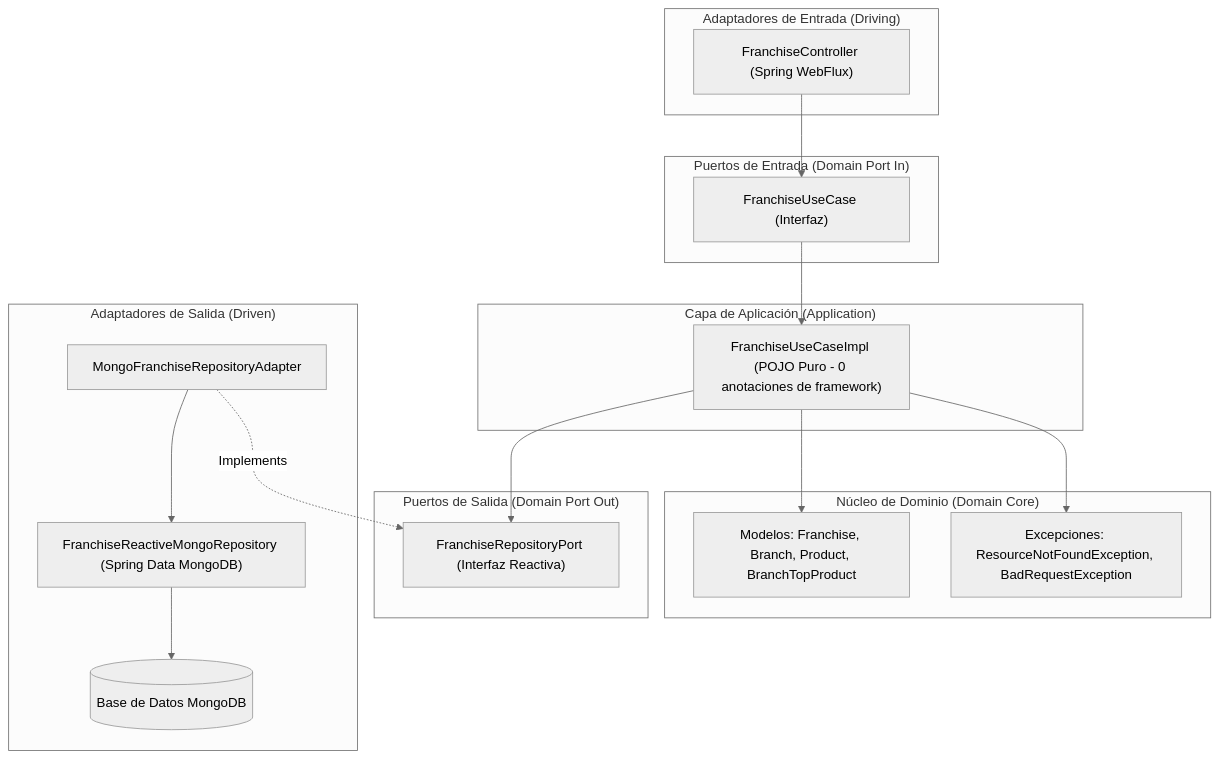
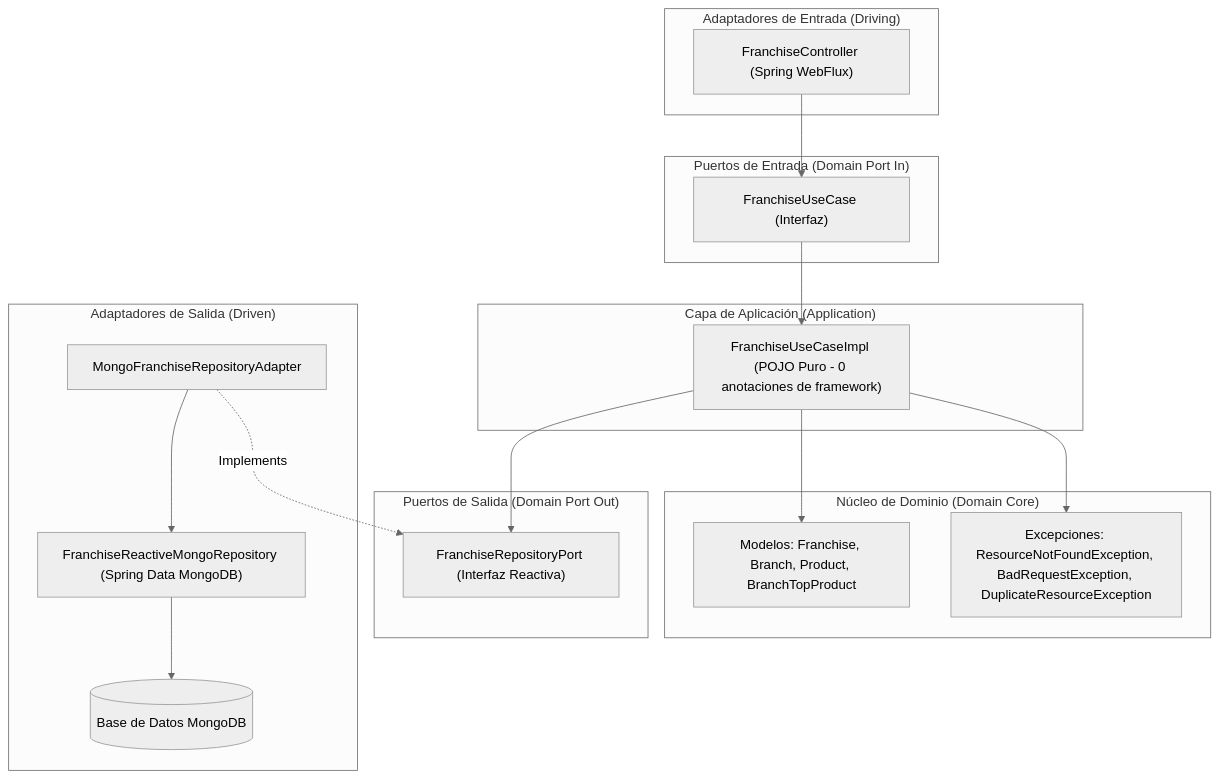
One commit to blackpusch/Black_franchises changed the diagram in README.md. Above: the diagram before and after it, drawn with Mermaid (neutral theme). The commit also changed other lines of this file and 11 other files, not shown here.

````diff
--- a/README.md
+++ b/README.md
@@ -11,38 +11,38 @@
 ```mermaid
 graph TD
     subgraph DrivingAdapters ["Adaptadores de Entrada (Driving)"]
         REST["FranchiseController (Spring WebFlux)"]
     end
 
     subgraph DomainPortsIn ["Puertos de Entrada (Domain Port In)"]
         InPort["FranchiseUseCase (Interfaz)"]
     end
 
     subgraph Application ["Capa de Aplicación (Application)"]
         UseCase["FranchiseUseCaseImpl (POJO Puro - 0 anotaciones de framework)"]
     end
 
     subgraph DomainCore ["Núcleo de Dominio (Domain Core)"]
         Models["Modelos: Franchise, Branch, Product, BranchTopProduct"]
-        Exceptions["Excepciones: ResourceNotFoundException, BadRequestException"]
+        Exceptions["Excepciones: ResourceNotFoundException, BadRequestException, DuplicateResourceException"]
     end
 
     subgraph DomainPortsOut ["Puertos de Salida (Domain Port Out)"]
         OutPort["FranchiseRepositoryPort (Interfaz Reactiva)"]
     end
 
     subgraph DrivenAdapters ["Adaptadores de Salida (Driven)"]
         MongoAdapter["MongoFranchiseRepositoryAdapter"]
         MongoRepo["FranchiseReactiveMongoRepository (Spring Data MongoDB)"]
         MongoDB[("Base de Datos MongoDB")]
     end
 
     REST --> InPort
     InPort --> UseCase
     UseCase --> Models
     UseCase --> Exceptions
     UseCase --> OutPort
     MongoAdapter -.->|Implements| OutPort
     MongoAdapter --> MongoRepo
     MongoRepo --> MongoDB
 ```
````
